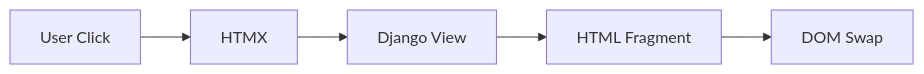
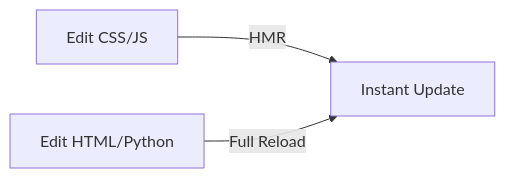
One commit to seanwhs/Tutorials changed the second of 2 diagrams in Full-Stack/Supercharge-Django-Vite-Tailwind-&-HTMX.md. Above: the diagram before and after it, drawn with Mermaid. The commit also changed other lines of this file, not shown here.

````diff
--- a/Full-Stack/Supercharge-Django-Vite-Tailwind-&-HTMX.md
+++ b/Full-Stack/Supercharge-Django-Vite-Tailwind-&-HTMX.md
@@ -307,7 +290,5 @@
 ```mermaid
 flowchart LR
-    A[User Click] --> B[HTMX]
-    B --> C[Django View]
-    C --> D["HTML Fragment"]
-    D --> E["DOM Swap"]
+    A[Edit CSS/JS] -->|HMR| B[Instant Update]
+    C[Edit HTML/Python] -->|Full Reload| B
 ```
````
